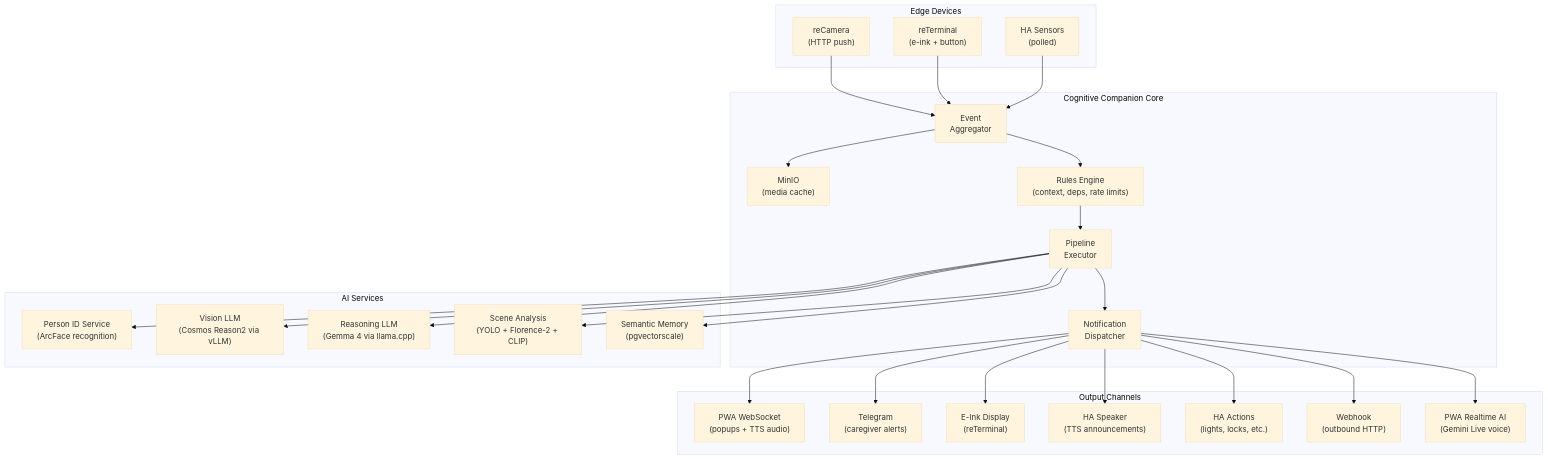
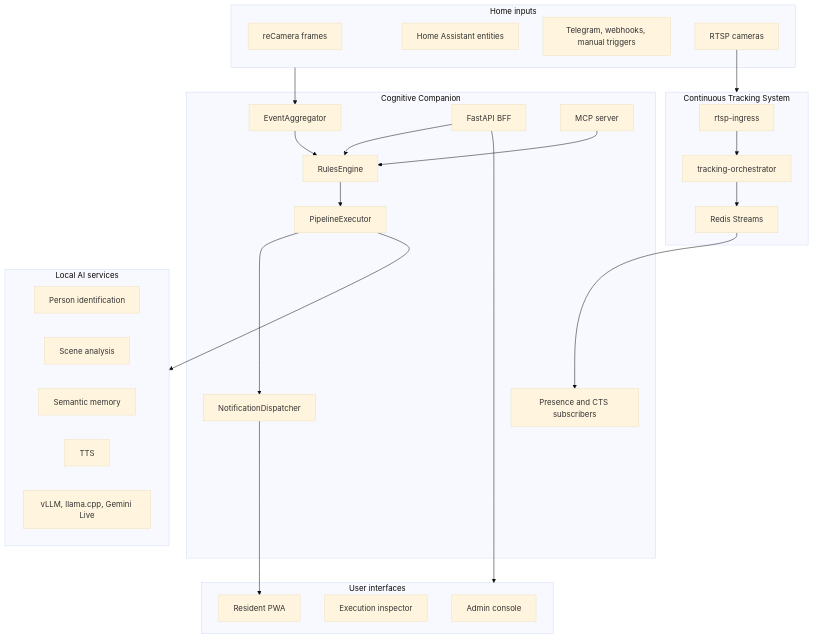
One commit to SilverMind-Project/SilverMind-Project.github.io changed the diagram in docs/guide/architecture.md. Above: the diagram before and after it, drawn with Mermaid (base theme). The commit also changed other lines of this file and 13 other files, not shown here.

````diff
--- a/docs/guide/architecture.md
+++ b/docs/guide/architecture.md
@@ -7,56 +7,50 @@
 ```mermaid
 flowchart TB
-    subgraph Edge["Edge Devices"]
-        reCamera["reCamera<br/>(HTTP push)"]
-        reTerminal["reTerminal<br/>(e-ink + button)"]
-        HA["HA Sensors<br/>(polled)"]
+    subgraph Edge["Home inputs"]
+        reCamera["reCamera frames"]
+        HA["Home Assistant entities"]
+        Telegram["Telegram, webhooks, manual triggers"]
+        RTSP["RTSP cameras"]
     end
 
-    subgraph Core["Cognitive Companion Core"]
-        Aggregator["Event<br/>Aggregator"]
-        MinIO["MinIO<br/>(media cache)"]
-        RulesEngine["Rules Engine<br/>(context, deps, rate limits)"]
-        Executor["Pipeline<br/>Executor"]
-        Dispatcher["Notification<br/>Dispatcher"]
+    subgraph CTS["Continuous Tracking System"]
+        Ingress["rtsp-ingress"]
+        Orchestrator["tracking-orchestrator"]
+        Streams["Redis Streams"]
+        Ingress --> Orchestrator --> Streams
     end
 
-    subgraph AI["AI Services"]
-        PersonID["Person ID Service<br/>(ArcFace recognition)"]
-        VisionLLM["Vision LLM<br/>(Cosmos Reason2 via vLLM)"]
-        LogicLLM["Reasoning LLM<br/>(Gemma 4 via llama.cpp)"]
-        SceneAnalysis["Scene Analysis<br/>(YOLO + Florence-2 + CLIP)"]
-        SemanticMemory["Semantic Memory<br/>(pgvectorscale)"]
+    subgraph CC["Cognitive Companion"]
+        Aggregator["EventAggregator"]
+        Rules["RulesEngine"]
+        Executor["PipelineExecutor"]
+        Presence["Presence and CTS subscribers"]
+        Dispatcher["NotificationDispatcher"]
+        API["FastAPI BFF"]
+        MCP["MCP server"]
+        Aggregator --> Rules --> Executor --> Dispatcher
+        Streams --> Presence
+        API --> Rules
+        MCP --> Rules
     end
 
-    subgraph Outputs["Output Channels"]
-        WebSocket["PWA WebSocket<br/>(popups + TTS audio)"]
-        Telegram["Telegram<br/>(caregiver alerts)"]
-        EInk["E-Ink Display<br/>(reTerminal)"]
-        HASpeaker["HA Speaker<br/>(TTS announcements)"]
-        HAAction["HA Actions<br/>(lights, locks, etc.)"]
-        Webhook["Webhook<br/>(outbound HTTP)"]
-        Voice["PWA Realtime AI<br/>(Gemini Live voice)"]
+    subgraph UI["User interfaces"]
+        Admin["Admin console"]
+        Executions["Execution inspector"]
+        Companion["Resident PWA"]
     end
 
-    reCamera --> Aggregator
-    reTerminal --> Aggregator
-    HA --> Aggregator
-    Aggregator --> MinIO
+    subgraph Services["Local AI services"]
+        PersonID["Person identification"]
+        Scene["Scene analysis"]
+        Memory["Semantic memory"]
+        TTS["TTS"]
+        LLM["vLLM, llama.cpp, Gemini Live"]
+    end
 
-    Aggregator --> RulesEngine
-    RulesEngine --> Executor
-    Executor --> PersonID
-    Executor --> VisionLLM
-    Executor --> LogicLLM
-    Executor --> SceneAnalysis
-    Executor --> SemanticMemory
-
-    Executor --> Dispatcher
-    Dispatcher --> WebSocket
-    Dispatcher --> Telegram
-    Dispatcher --> EInk
-    Dispatcher --> HASpeaker
-    Dispatcher --> HAAction
-    Dispatcher --> Webhook
-    Dispatcher --> Voice
+    Edge --> Aggregator
+    RTSP --> CTS
+    Executor --> Services
+    Dispatcher --> Companion
+    API --> UI
 ```
````
